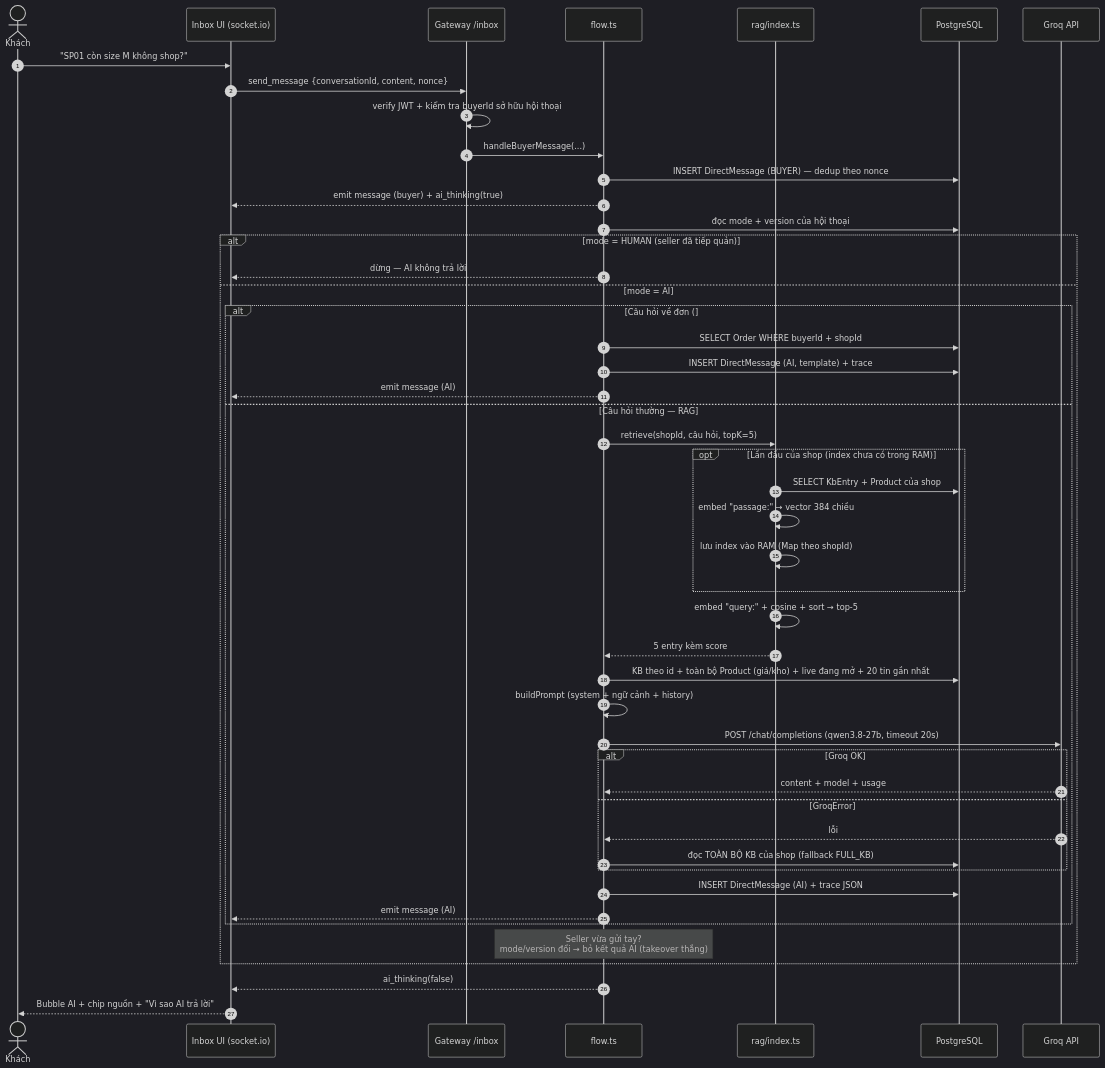
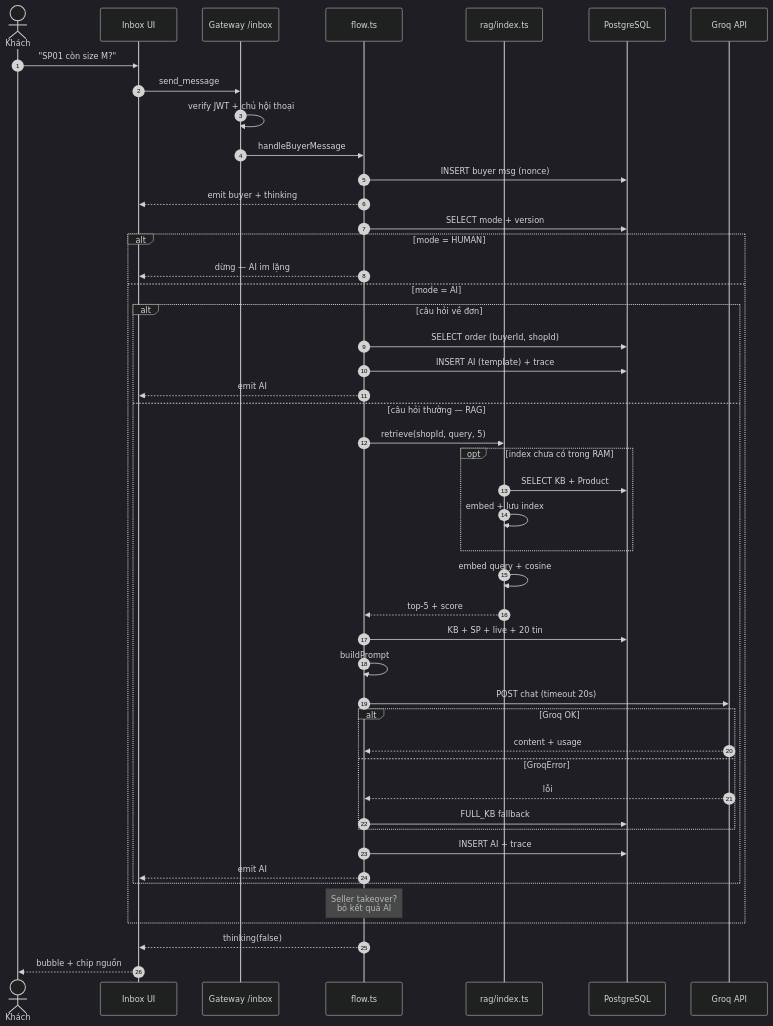
One commit to tangthinh955-ops/FastLock-RAG changed the third of 4 diagrams in docs/rag-diagram.md. Above: the diagram before and after it, drawn with Mermaid (dark theme). The commit also changed other lines of this file and 9 other files, not shown here.

````diff
--- a/docs/rag-diagram.md
+++ b/docs/rag-diagram.md
@@ -64,52 +62,51 @@
 ```mermaid
 sequenceDiagram
   autonumber
   actor B as Khách
-  participant UI as Inbox UI (socket.io)
+  participant UI as Inbox UI
   participant GW as Gateway /inbox
   participant FL as flow.ts
   participant RAG as rag/index.ts
   participant DB as PostgreSQL
   participant GQ as Groq API
 
-  B->>UI: "SP01 còn size M không shop?"
-  UI->>GW: send_message {conversationId, content, nonce}
-  GW->>GW: verify JWT + kiểm tra buyerId sở hữu hội thoại
-  GW->>FL: handleBuyerMessage(...)
-  FL->>DB: INSERT DirectMessage (BUYER) — dedup theo nonce
-  FL-->>UI: emit message (buyer) + ai_thinking(true)
+  B->>UI: "SP01 còn size M?"
+  UI->>GW: send_message
+  GW->>GW: verify JWT + chủ hội thoại
+  GW->>FL: handleBuyerMessage
+  FL->>DB: INSERT buyer msg (nonce)
+  FL-->>UI: emit buyer + thinking
 
-  FL->>DB: đọc mode + version của hội thoại
-  alt mode = HUMAN (seller đã tiếp quản)
-    FL-->>UI: dừng — AI không trả lời
+  FL->>DB: SELECT mode + version
+  alt mode = HUMAN
+    FL-->>UI: dừng — AI im lặng
   else mode = AI
-    alt Câu hỏi về đơn (#mã / "đơn", "thanh toán", "giao")
-      FL->>DB: SELECT Order WHERE buyerId + shopId
-      FL->>DB: INSERT DirectMessage (AI, template) + trace
-      FL-->>UI: emit message (AI)
-    else Câu hỏi thường — RAG
-      FL->>RAG: retrieve(shopId, câu hỏi, topK=5)
-      opt Lần đầu của shop (index chưa có trong RAM)
-        RAG->>DB: SELECT KbEntry + Product của shop
-        RAG->>RAG: embed "passage:" → vector 384 chiều
-        RAG->>RAG: lưu index vào RAM (Map theo shopId)
+    alt câu hỏi về đơn
+      FL->>DB: SELECT order (buyerId, shopId)
+      FL->>DB: INSERT AI (template) + trace
+      FL-->>UI: emit AI
+    else câu hỏi thường — RAG
+      FL->>RAG: retrieve(shopId, query, 5)
+      opt index chưa có trong RAM
+        RAG->>DB: SELECT KB + Product
+        RAG->>RAG: embed + lưu index
       end
-      RAG->>RAG: embed "query:" + cosine + sort → top-5
-      RAG-->>FL: 5 entry kèm score
-      FL->>DB: KB theo id + toàn bộ Product (giá/kho) + live đang mở + 20 tin gần nhất
-      FL->>FL: buildPrompt (system + ngữ cảnh + history)
-      FL->>GQ: POST /chat/completions (qwen3.8-27b, timeout 20s)
+      RAG->>RAG: embed query + cosine
+      RAG-->>FL: top-5 + score
+      FL->>DB: KB + SP + live + 20 tin
+      FL->>FL: buildPrompt
+      FL->>GQ: POST chat (timeout 20s)
       alt Groq OK
-        GQ-->>FL: content + model + usage
+        GQ-->>FL: content + usage
       else GroqError
         GQ-->>FL: lỗi
-        FL->>DB: đọc TOÀN BỘ KB của shop (fallback FULL_KB)
+        FL->>DB: FULL_KB fallback
       end
-      FL->>DB: INSERT DirectMessage (AI) + trace JSON
-      FL-->>UI: emit message (AI)
+      FL->>DB: INSERT AI + trace
+      FL-->>UI: emit AI
     end
-    Note over FL: Seller vừa gửi tay?<br/>mode/version đổi → bỏ kết quả AI (takeover thắng)
+    Note over FL: Seller takeover?<br/>bỏ kết quả AI
   end
-  FL-->>UI: ai_thinking(false)
-  UI-->>B: Bubble AI + chip nguồn + "Vì sao AI trả lời"
+  FL-->>UI: thinking(false)
+  UI-->>B: bubble + chip nguồn
 ```
````
